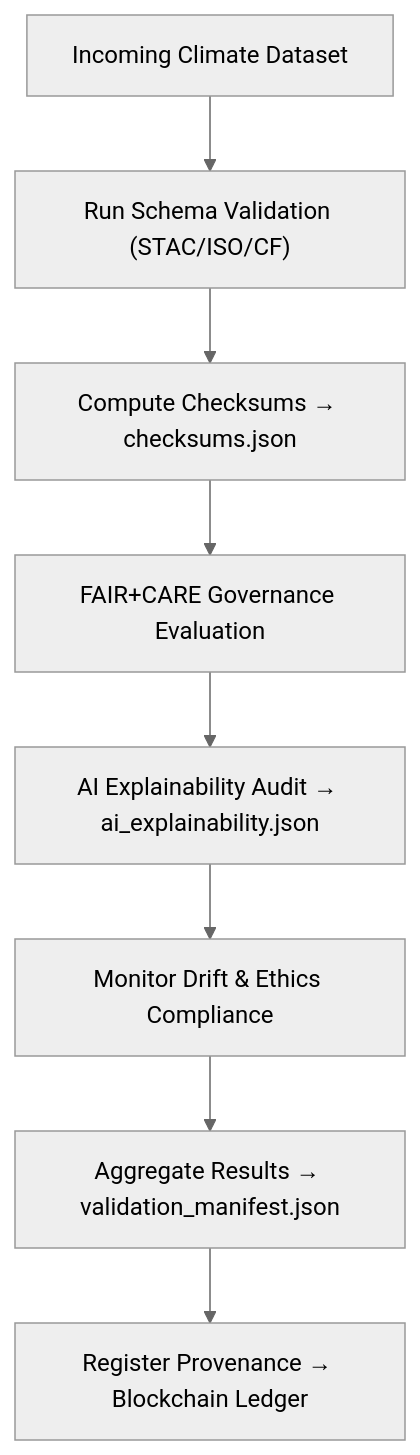
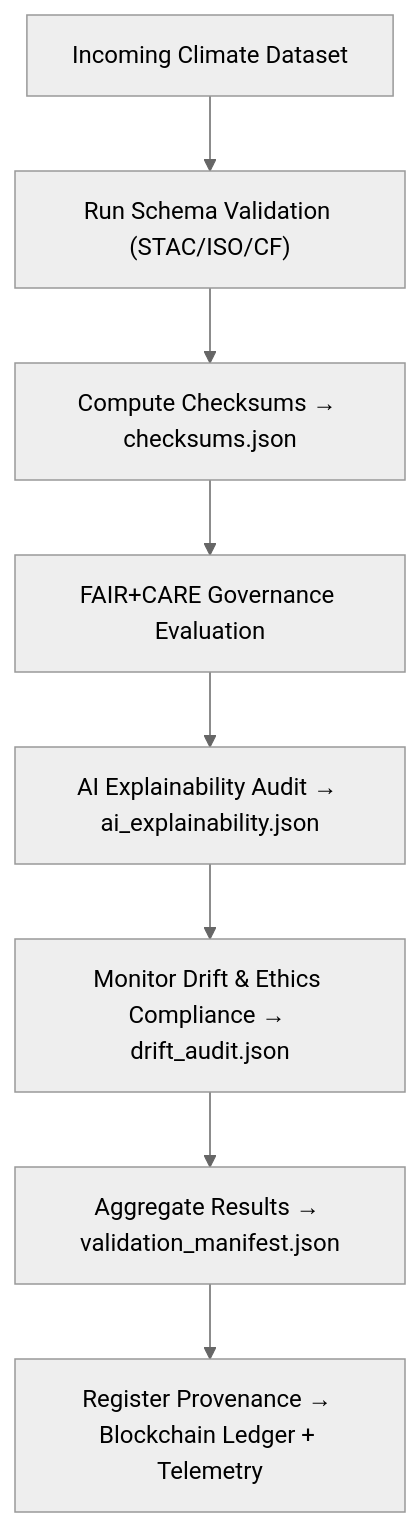
One commit to bartytime4life/Kansas-Frontier-Matrix changed the diagram in data/work/tmp/climate/validation/README.md. Above: the diagram before and after it, drawn with Mermaid (neutral theme). The commit also changed other lines of this file, not shown here.

````diff
--- a/data/work/tmp/climate/validation/README.md
+++ b/data/work/tmp/climate/validation/README.md
@@ -84,10 +86,10 @@
 ```mermaid
 flowchart TD
     A["Incoming Climate Dataset"] --> B["Run Schema Validation (STAC/ISO/CF)"]
     B --> C["Compute Checksums → checksums.json"]
     C --> D["FAIR+CARE Governance Evaluation"]
     D --> E["AI Explainability Audit → ai_explainability.json"]
-    E --> F["Monitor Drift & Ethics Compliance"]
+    E --> F["Monitor Drift & Ethics Compliance → drift_audit.json"]
     F --> G["Aggregate Results → validation_manifest.json"]
-    G --> H["Register Provenance → Blockchain Ledger"]
+    G --> H["Register Provenance → Blockchain Ledger + Telemetry"]
 ```
````
